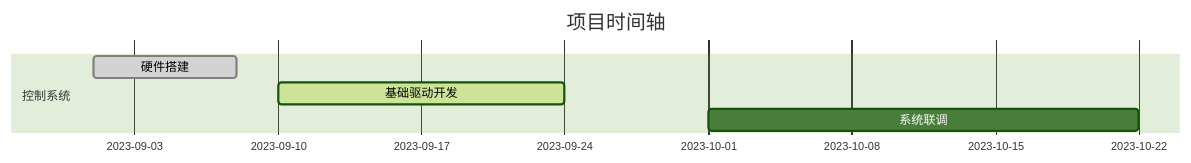
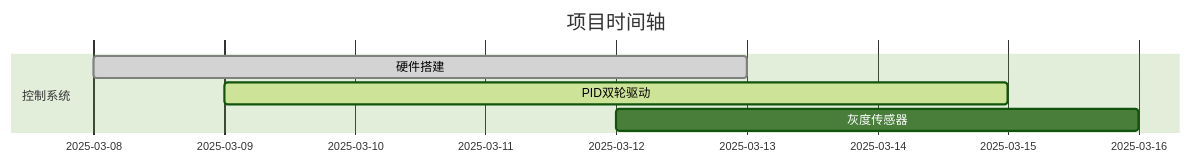
The diagram in README.md (Chenwhich778/EDC_Control), drawn with Mermaid (forest theme) before and after one commit. The commit also changed other lines of this file, not shown here.

````diff
--- a/README.md
+++ b/README.md
@@ -30,9 +31,9 @@
 ```mermaid
 gantt
     title 项目时间轴
     dateFormat  YYYY-MM-DD
     section 控制系统
-    硬件搭建       :done,  h1, 2023-09-01, 7d
-    基础驱动开发    :active, h2, 2023-09-10, 14d
-    系统联调       :         h3, 2023-10-01, 21d
+    硬件搭建       :done,  h1, 2025-03-08, 5d
+    PID双轮驱动    :active, h2, 2025-03-09,6d
+    灰度传感器       :active，h3, 2025-03-12, 4d
 ```
````
